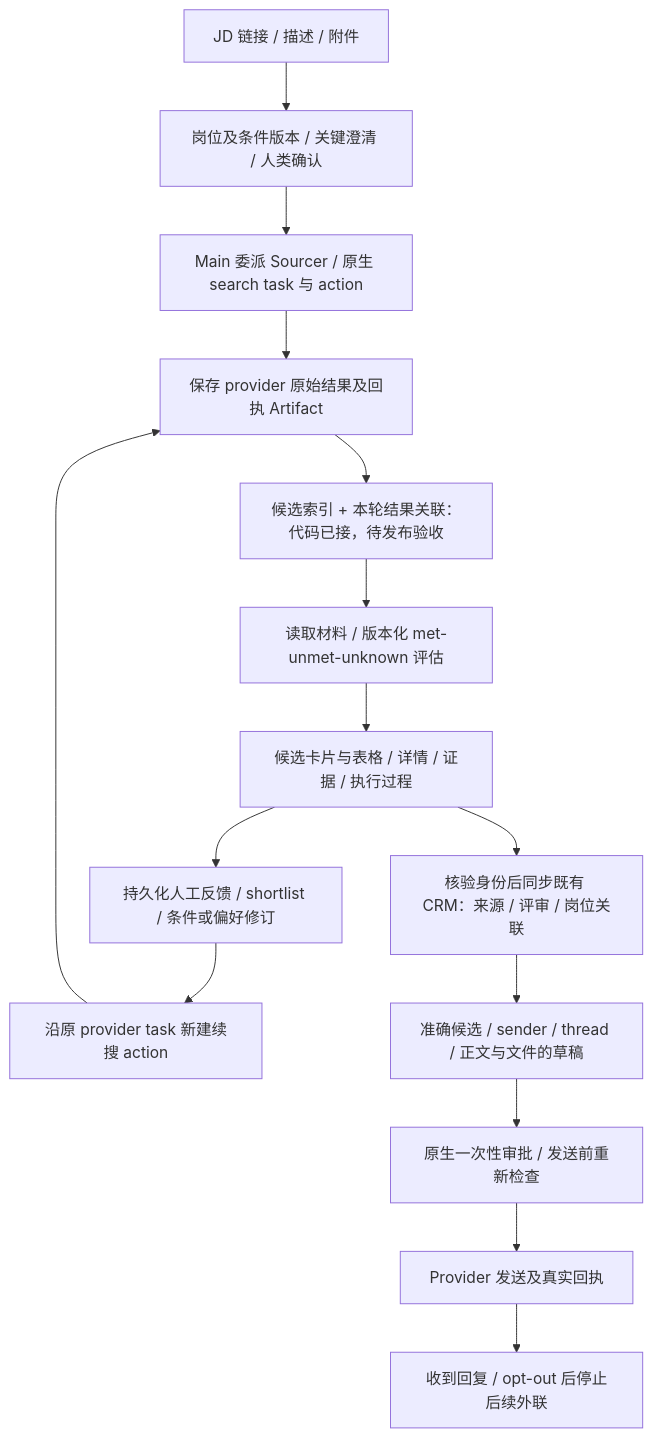
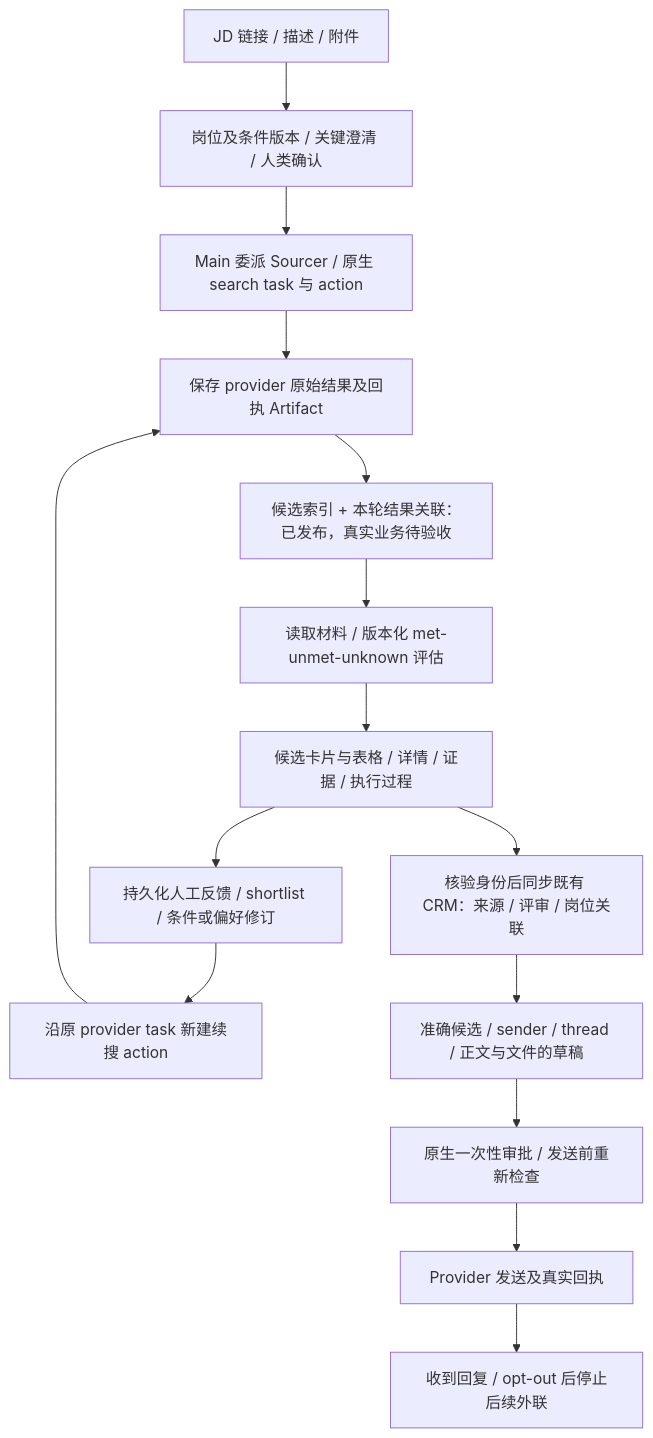
The diagram in docs/wekruit/PLAN.md (WeKruit/rakazo), drawn with Mermaid before and after one commit. The commit also changed other lines of this file and 3 other files, not shown here.

````diff
--- a/docs/wekruit/PLAN.md
+++ b/docs/wekruit/PLAN.md
@@ -49,17 +73,17 @@
 ```mermaid
 flowchart TD
   JD[JD 链接 / 描述 / 附件] --> Role[岗位及条件版本 / 关键澄清 / 人类确认]
   Role --> Search[Main 委派 Sourcer / 原生 search task 与 action]
   Search --> Raw[保存 provider 原始结果及回执 Artifact]
-  Raw --> Index[候选索引 + 本轮结果关联：代码已接，待发布验收]
+  Raw --> Index[候选索引 + 本轮结果关联：已发布，真实业务待验收]
   Index --> Evidence[读取材料 / 版本化 met-unmet-unknown 评估]
   Evidence --> UI[候选卡片与表格 / 详情 / 证据 / 执行过程]
   UI --> Feedback[持久化人工反馈 / shortlist / 条件或偏好修订]
   Feedback --> Continue[沿原 provider task 新建续搜 action]
   Continue --> Raw
   UI --> CRM[核验身份后同步既有 CRM：来源 / 评审 / 岗位关联]
   CRM --> Draft[准确候选 / sender / thread / 正文与文件的草稿]
   Draft --> Approval[原生一次性审批 / 发送前重新检查]
   Approval --> Receipt[Provider 发送及真实回执]
   Receipt --> Stop[收到回复 / opt-out 后停止后续外联]
 ```
````
